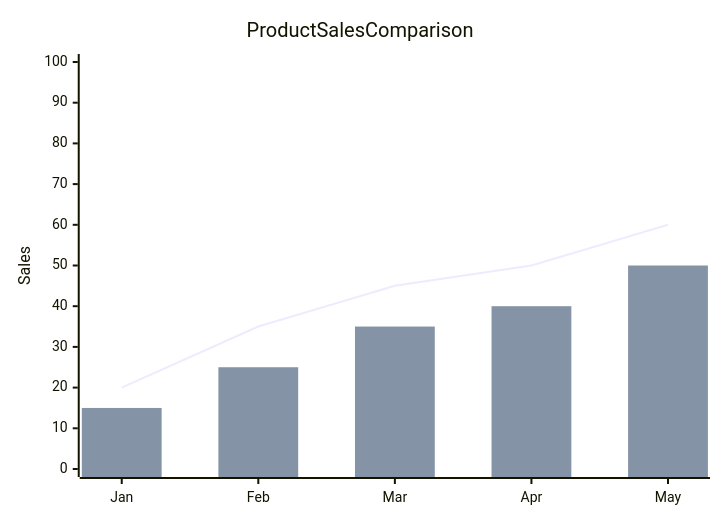
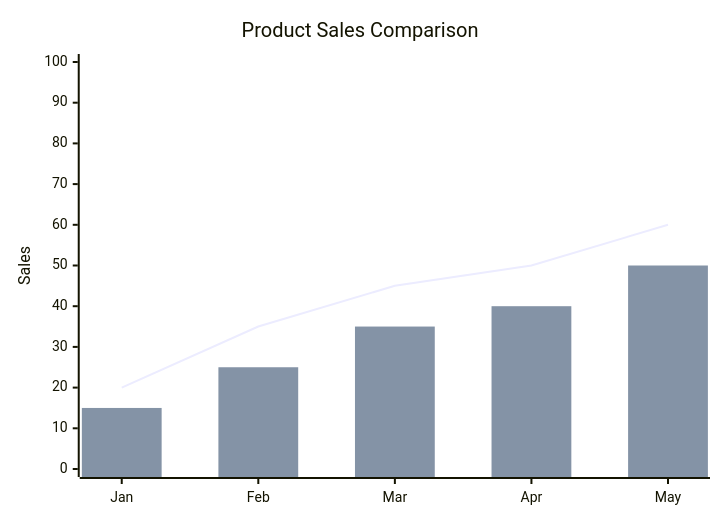
Before and after one commit to BitYoungjae/marketplace: the eighth of 23 diagrams in plugins/obsidian-blocks/skills/mermaid-diagramming/xychart.md, drawn with Mermaid. The commit also changed other lines of this file and 14 other files, not shown here.

First line of the commit message:
feat(obsidian-blocks): add Session 3 Mermaid diagrams

````diff
--- a/plugins/obsidian-blocks/skills/mermaid-diagramming/xychart.md
+++ b/plugins/obsidian-blocks/skills/mermaid-diagramming/xychart.md
@@ -118,8 +122,8 @@
 ```mermaid
 xychart-beta
-    title Product Sales Comparison
+    title "Product Sales Comparison"
     x-axis [Jan, Feb, Mar, Apr, May]
     y-axis "Sales" 0 --> 100
-    line [20, 35, 45, 50, 60]
-    bar [15, 25, 35, 40, 50]
+    line "Online" [20, 35, 45, 50, 60]
+    bar "In-Store" [15, 25, 35, 40, 50]
 ```
````
